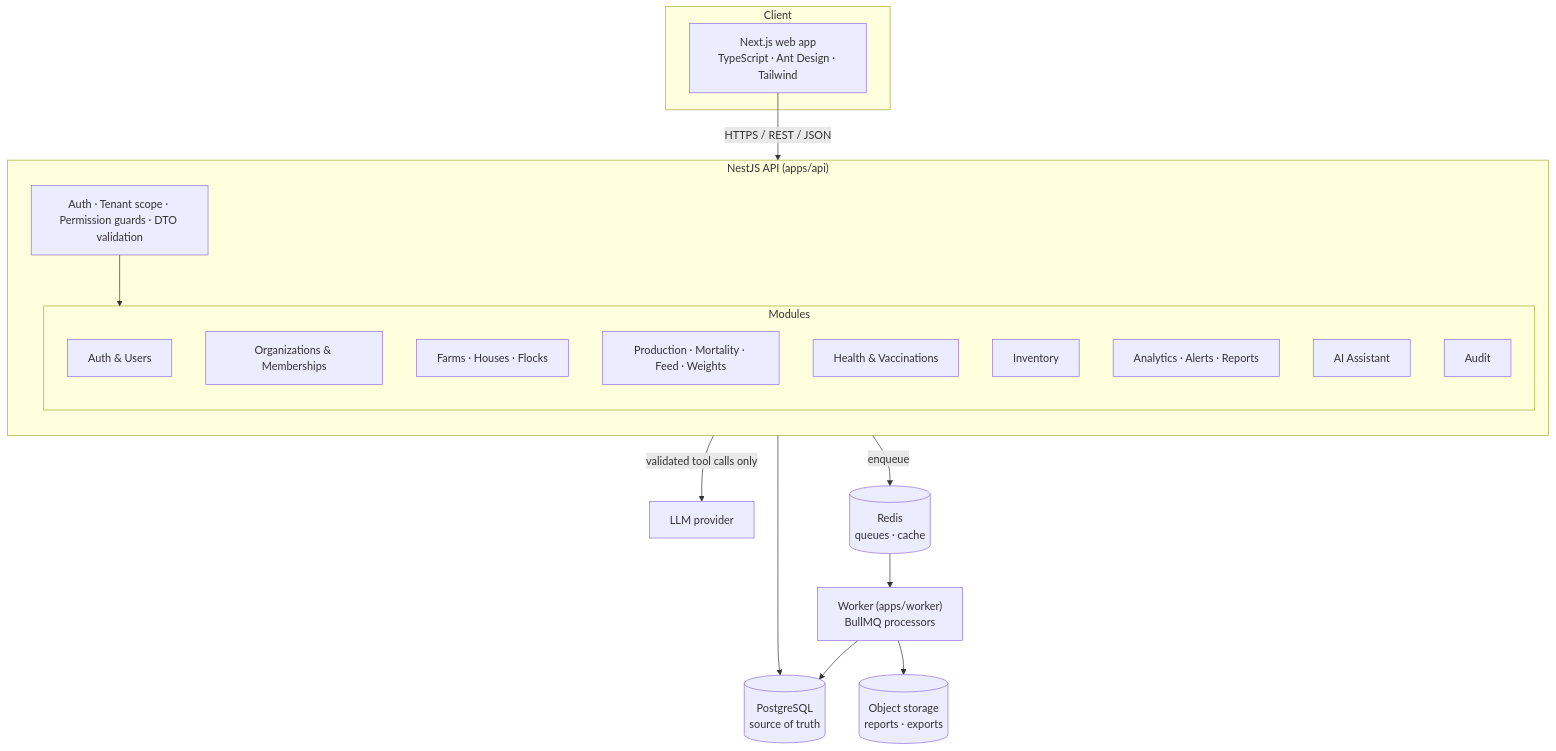
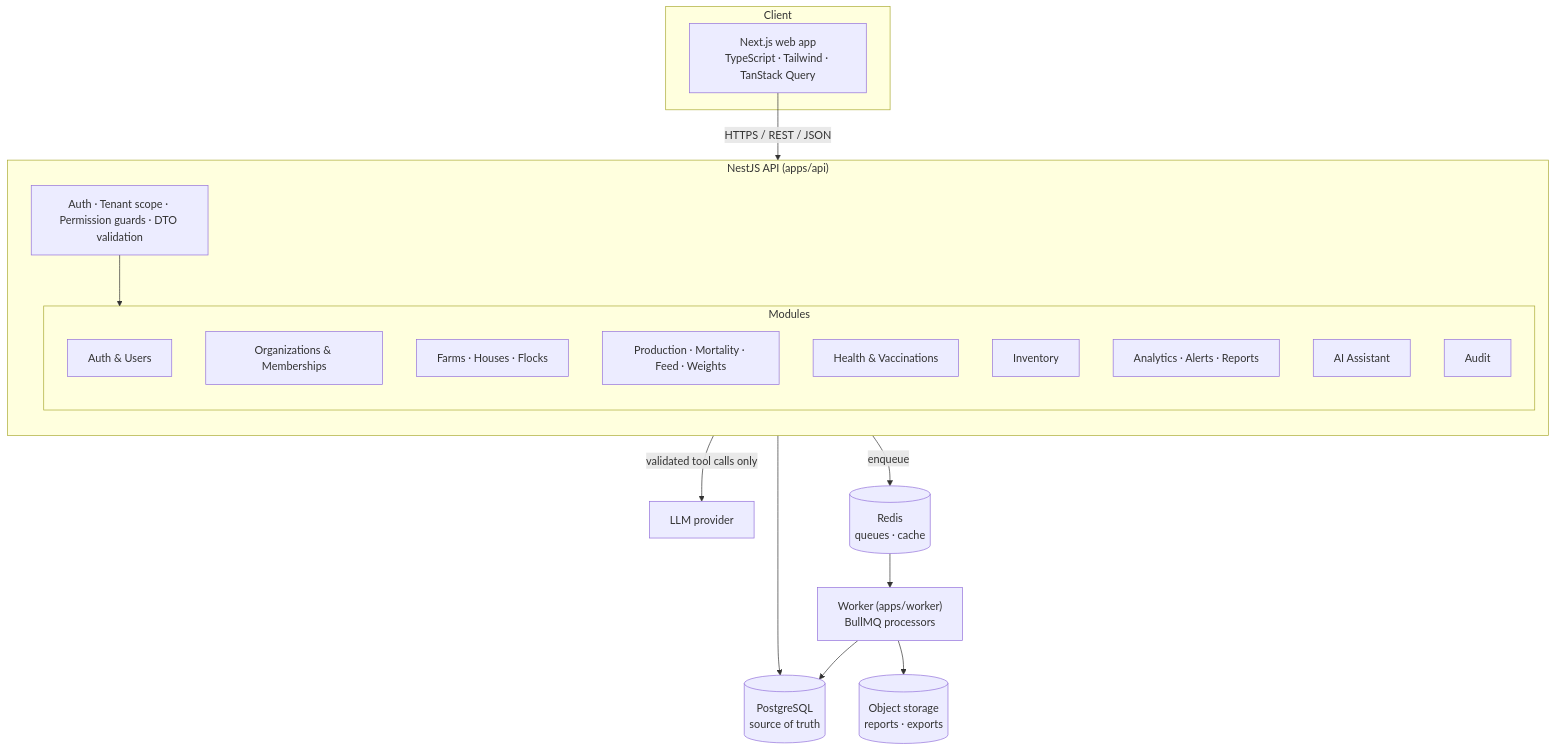
One commit to Abinet16/FarmOS-Intelligence changed the diagram in docs/architecture/overview.md. Above: the diagram before and after it, drawn with Mermaid. The commit also changed 1 other file, not shown here.

Commit message:
docs: replace Ant Design with TanStack Query in the stack and update status

````diff
--- a/docs/architecture/overview.md
+++ b/docs/architecture/overview.md
@@ -7,37 +7,37 @@
 ```mermaid
 flowchart TB
   subgraph Client
-    WEB[Next.js web app<br/>TypeScript · Ant Design · Tailwind]
+    WEB[Next.js web app<br/>TypeScript · Tailwind · TanStack Query]
   end
 
   subgraph API["NestJS API (apps/api)"]
     direction TB
     GUARDS[Auth · Tenant scope · Permission guards · DTO validation]
     subgraph Modules
       AUTH[Auth & Users]
       ORG[Organizations & Memberships]
       FARM[Farms · Houses · Flocks]
       OPS[Production · Mortality · Feed · Weights]
       HEALTH[Health & Vaccinations]
       INV[Inventory]
       ANALYTICS[Analytics · Alerts · Reports]
       AI[AI Assistant]
       AUDIT[Audit]
     end
     GUARDS --> Modules
   end
 
   WORKER["Worker (apps/worker)<br/>BullMQ processors"]
   PG[(PostgreSQL<br/>source of truth)]
   REDIS[(Redis<br/>queues · cache)]
   LLM[LLM provider]
   S3[(Object storage<br/>reports · exports)]
 
   WEB -- HTTPS / REST / JSON --> GUARDS
   Modules --> PG
   Modules -- enqueue --> REDIS
   REDIS --> WORKER
   WORKER --> PG
   WORKER --> S3
   AI -- validated tool calls only --> LLM
 ```
````
